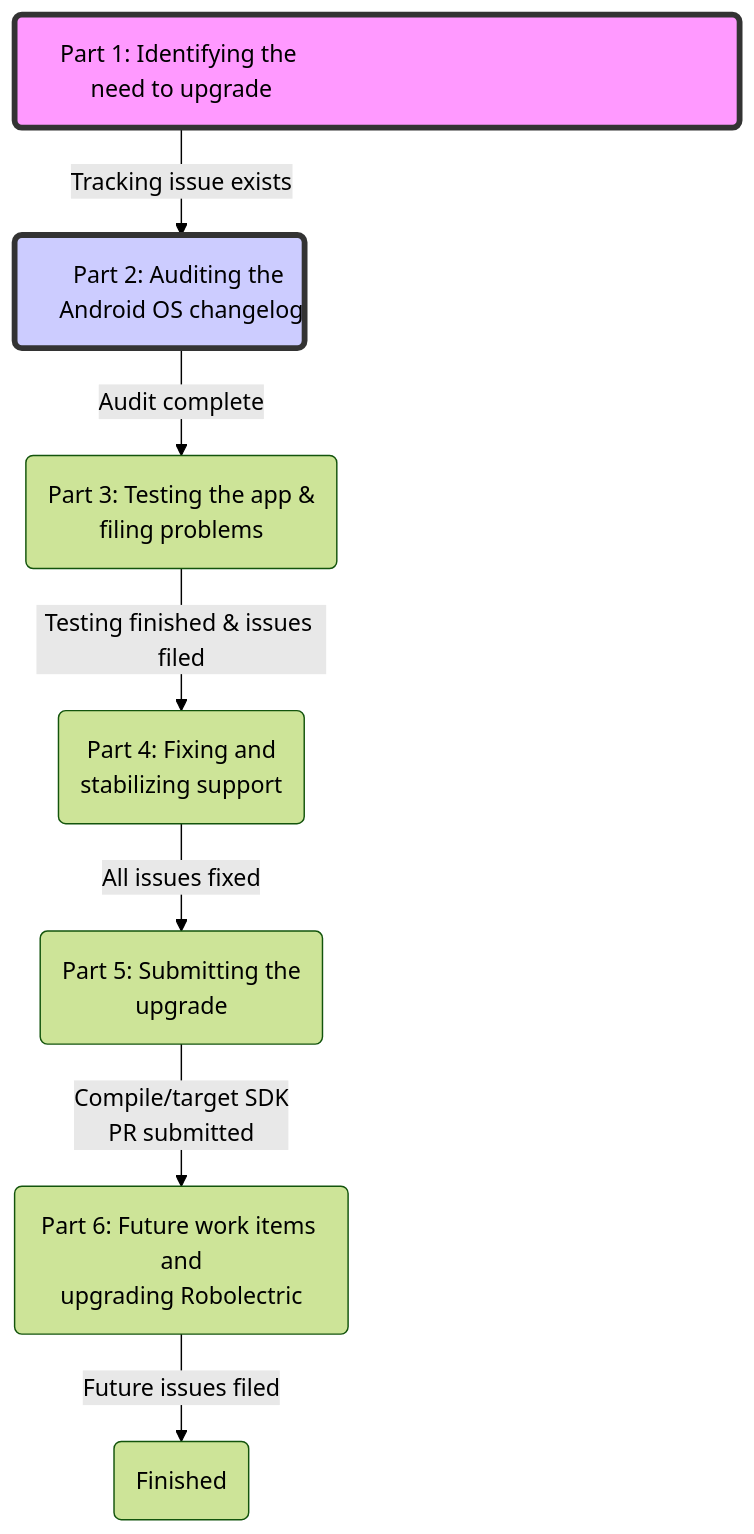
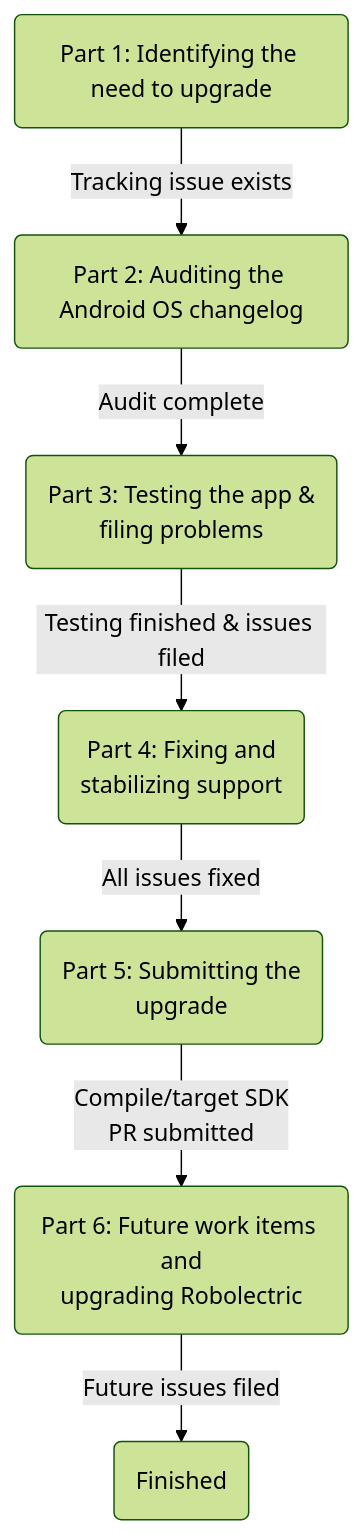
Before and after one commit to Rd4dev/Oppia-Android-Fork-from-Fork: the diagram in wiki/up.md, drawn with Mermaid (forest theme).

````diff
--- a/wiki/up.md
+++ b/wiki/up.md
@@ -11,14 +11,12 @@
 ```mermaid
 flowchart TD
     A(Part 1: Identifying the need to upgrade) -->|Tracking issue exists| B
     B(Part 2: Auditing the Android OS changelog) -->|Audit complete| C
     C(Part 3: Testing the app &<br>filing problems) -->|Testing finished & issues filed| D
     D(Part 4: Fixing and<br>stabilizing support) -->|All issues fixed| E
     E(Part 5: Submitting the<br>upgrade) -->|Compile/target SDK<br>PR submitted| F
     F(Part 6: Future work items and<br>upgrading Robolectric) -->|Future issues filed| G
     G(Finished)
     
-    style A fill:#f9f,stroke:#333,stroke-width:4px, width:500px;
-    style B fill:#ccf,stroke:#333,stroke-width:4px, width:200px;
 
 ```
````
